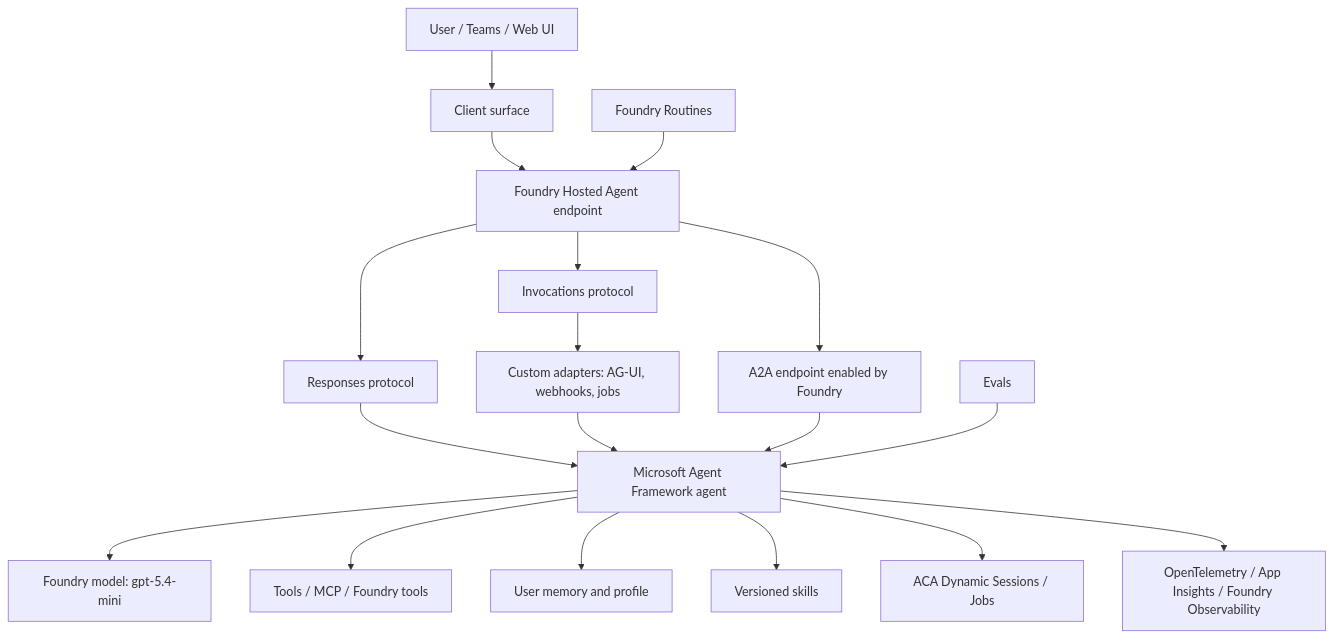
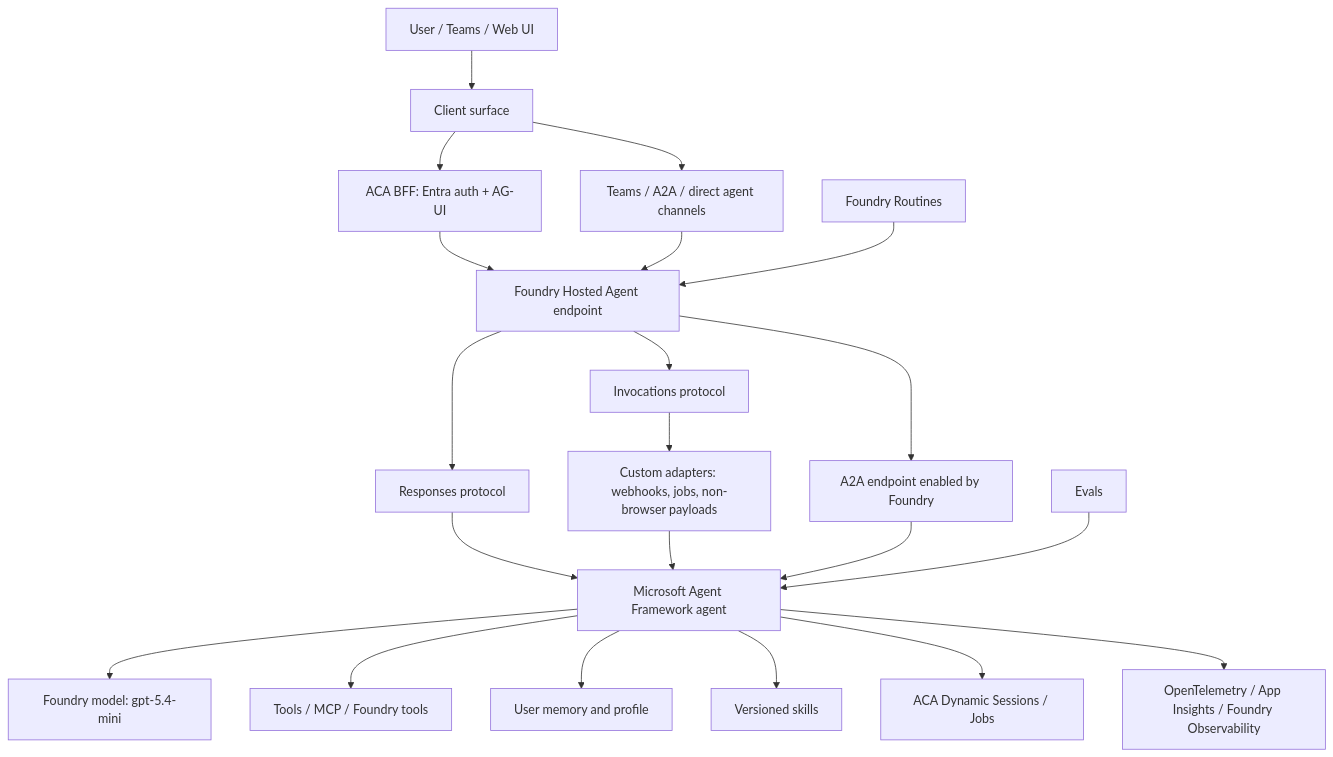
The diagram in AGENTS_PLAN.md (tkubica12/agent-demos), drawn with Mermaid before and after one commit. The commit also changed other lines of this file and 22 other files, not shown here.

````diff
--- a/AGENTS_PLAN.md
+++ b/AGENTS_PLAN.md
@@ -87,24 +87,27 @@
 ```mermaid
 flowchart TD
     User[User / Teams / Web UI] --> Surface[Client surface]
-    Surface --> Foundry[Foundry Hosted Agent endpoint]
+    Surface --> Gateway[ACA BFF: Entra auth + AG-UI]
+    Gateway --> Foundry[Foundry Hosted Agent endpoint]
+    Surface --> FoundryDirect[Teams / A2A / direct agent channels]
+    FoundryDirect --> Foundry
 
     Foundry --> Responses[Responses protocol]
     Foundry --> Invocations[Invocations protocol]
     Foundry --> A2A[A2A endpoint enabled by Foundry]
 
     Responses --> Agent[Microsoft Agent Framework agent]
-    Invocations --> Adapter[Custom adapters: AG-UI, webhooks, jobs]
+    Invocations --> Adapter[Custom adapters: webhooks, jobs, non-browser payloads]
     Adapter --> Agent
     A2A --> Agent
 
     Agent --> Model[Foundry model: gpt-5.4-mini]
     Agent --> Tools[Tools / MCP / Foundry tools]
     Agent --> Memory[User memory and profile]
     Agent --> Skills[Versioned skills]
     Agent --> Workers[ACA Dynamic Sessions / Jobs]
 
     Agent --> Telemetry[OpenTelemetry / App Insights / Foundry Observability]
     Eval[Evals] --> Agent
     Routine[Foundry Routines] --> Foundry
 ```
````
